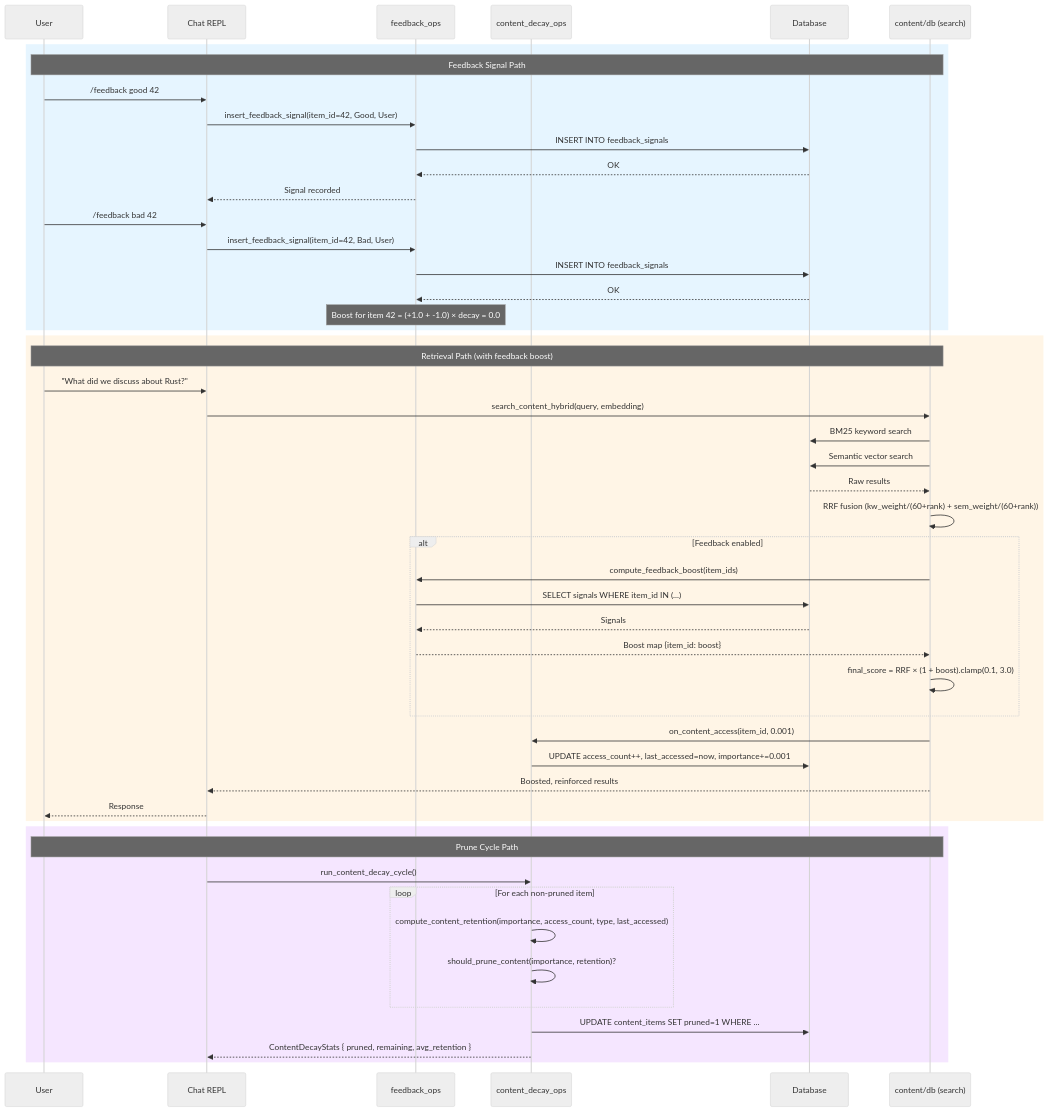
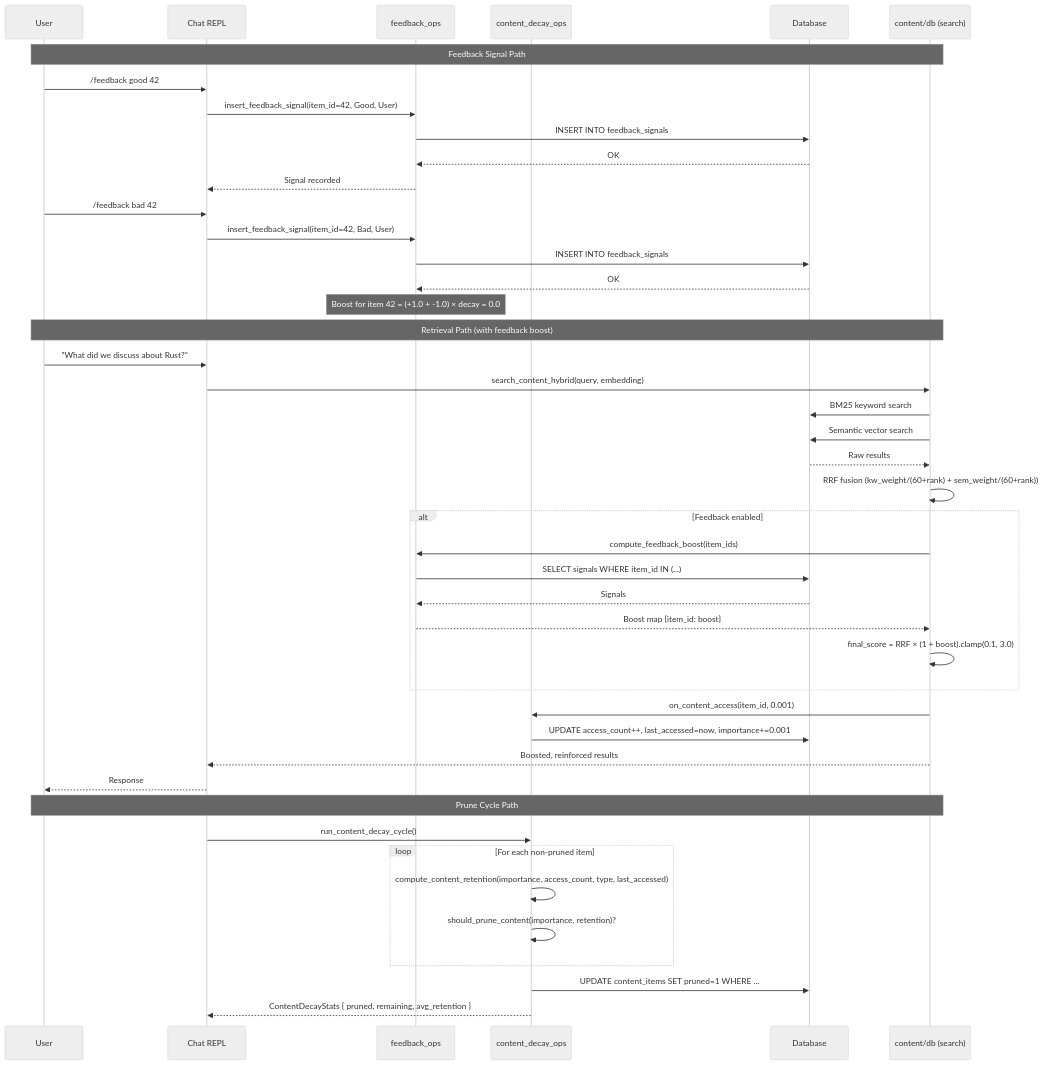
One commit to luksamuk/sprachspiel changed the second of 2 diagrams in doc/src/development/feedback-architecture.md. Above: the diagram before and after it, drawn with Mermaid (neutral theme). The commit also changed other lines of this file and 10 other files, not shown here.

````diff
--- a/doc/src/development/feedback-architecture.md
+++ b/doc/src/development/feedback-architecture.md
@@ -409,58 +409,52 @@
 ```mermaid
 sequenceDiagram
     participant User
     participant Chat as Chat REPL
     participant FB as feedback_ops
     participant Decay as content_decay_ops
     participant DB as Database
     participant Search as content/db (search)
 
-    rect rgb(230, 245, 255)
-        Note over User,Search: Feedback Signal Path
-        User->>Chat: /feedback good 42
-        Chat->>FB: insert_feedback_signal(item_id=42, Good, User)
-        FB->>DB: INSERT INTO feedback_signals
-        DB-->>FB: OK
-        FB-->>Chat: Signal recorded
+    Note over User,Search: Feedback Signal Path
+    User->>Chat: /feedback good 42
+    Chat->>FB: insert_feedback_signal(item_id=42, Good, User)
+    FB->>DB: INSERT INTO feedback_signals
+    DB-->>FB: OK
+    FB-->>Chat: Signal recorded
 
-        User->>Chat: /feedback bad 42
-        Chat->>FB: insert_feedback_signal(item_id=42, Bad, User)
-        FB->>DB: INSERT INTO feedback_signals
-        DB-->>FB: OK
-        Note over FB: Boost for item 42 = (+1.0 + -1.0) × decay = 0.0
+    User->>Chat: /feedback bad 42
+    Chat->>FB: insert_feedback_signal(item_id=42, Bad, User)
+    FB->>DB: INSERT INTO feedback_signals
+    DB-->>FB: OK
+    Note over FB: Boost for item 42 = (+1.0 + -1.0) × decay = 0.0
+
+    Note over User,Search: Retrieval Path (with feedback boost)
+    User->>Chat: "What did we discuss about Rust?"
+    Chat->>Search: search_content_hybrid(query, embedding)
+    Search->>DB: BM25 keyword search
+    Search->>DB: Semantic vector search
+    DB-->>Search: Raw results
+    Search->>Search: RRF fusion (kw_weight/(60+rank) + sem_weight/(60+rank))
+    
+    alt Feedback enabled
+        Search->>FB: compute_feedback_boost(item_ids)
+        FB->>DB: SELECT signals WHERE item_id IN (...)
+        DB-->>FB: Signals
+        FB-->>Search: Boost map {item_id: boost}
+        Search->>Search: final_score = RRF × (1 + boost).clamp(0.1, 3.0)
     end
+    
+    Search->>Decay: on_content_access(item_id, 0.001)
+    Decay->>DB: UPDATE access_count++, last_accessed=now, importance+=0.001
+    Search-->>Chat: Boosted, reinforced results
+    Chat-->>User: Response
 
-    rect rgb(255, 245, 230)
-        Note over User,Search: Retrieval Path (with feedback boost)
-        User->>Chat: "What did we discuss about Rust?"
-        Chat->>Search: search_content_hybrid(query, embedding)
-        Search->>DB: BM25 keyword search
-        Search->>DB: Semantic vector search
-        DB-->>Search: Raw results
-        Search->>Search: RRF fusion (kw_weight/(60+rank) + sem_weight/(60+rank))
-        
-        alt Feedback enabled
-            Search->>FB: compute_feedback_boost(item_ids)
-            FB->>DB: SELECT signals WHERE item_id IN (...)
-            DB-->>FB: Signals
-            FB-->>Search: Boost map {item_id: boost}
-            Search->>Search: final_score = RRF × (1 + boost).clamp(0.1, 3.0)
-        end
-        
-        Search->>Decay: on_content_access(item_id, 0.001)
-        Decay->>DB: UPDATE access_count++, last_accessed=now, importance+=0.001
-        Search-->>Chat: Boosted, reinforced results
-        Chat-->>User: Response
+    Note over User,Search: Prune Cycle Path
+    Chat->>Decay: run_content_decay_cycle()
+    loop For each non-pruned item
+        Decay->>Decay: compute_content_retention(importance, access_count, type, last_accessed)
+        Decay->>Decay: should_prune_content(importance, retention)?
     end
-
-    rect rgb(245, 230, 255)
-        Note over User,Search: Prune Cycle Path
-        Chat->>Decay: run_content_decay_cycle()
-        loop For each non-pruned item
-            Decay->>Decay: compute_content_retention(importance, access_count, type, last_accessed)
-            Decay->>Decay: should_prune_content(importance, retention)?
-        end
-        Decay->>DB: UPDATE content_items SET pruned=1 WHERE ...
-        Decay-->>Chat: ContentDecayStats { pruned, remaining, avg_retention }
-    end
+    Decay->>DB: UPDATE content_items SET pruned=1 WHERE ...
+    Decay-->>Chat: ContentDecayStats { pruned, remaining, avg_retention }
 ```
````
